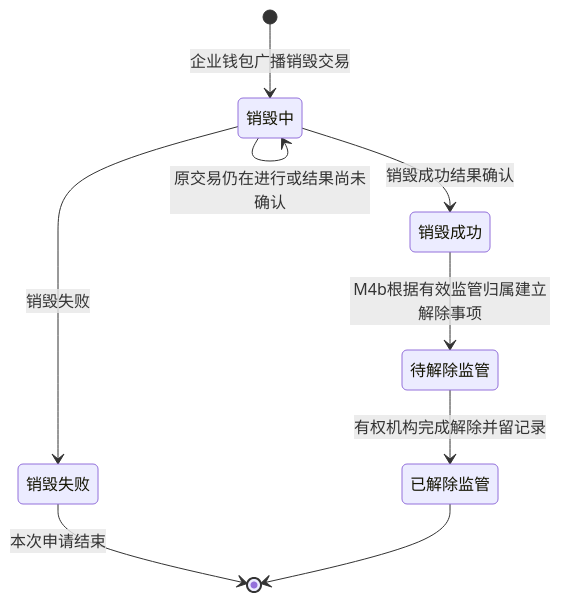
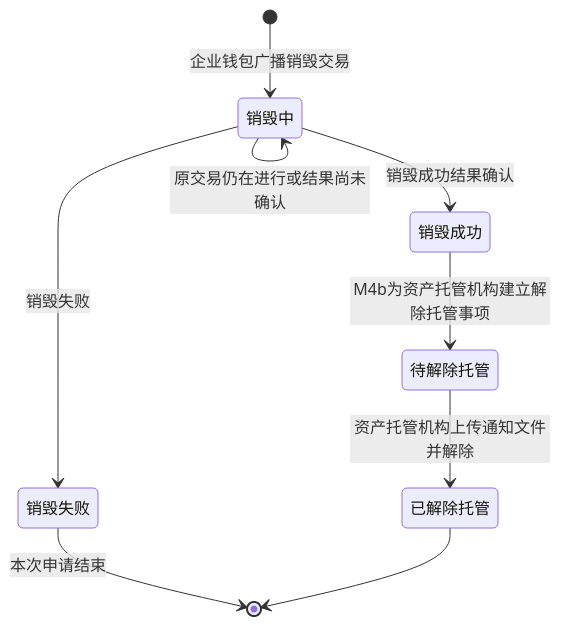
Before and after one commit to wxblockchain/Chain-Financing: the third of 4 diagrams in token-issuance-platform/PRD/面客端/M4a-我的代币与销毁申请/02-我的代币与销毁申请-流程图与状态机.md, drawn with Mermaid. The commit also changed other lines of this file and 10 other files, not shown here.

````diff
--- a/token-issuance-platform/PRD/面客端/M4a-我的代币与销毁申请/02-我的代币与销毁申请-流程图与状态机.md
+++ b/token-issuance-platform/PRD/面客端/M4a-我的代币与销毁申请/02-我的代币与销毁申请-流程图与状态机.md
@@ -75,16 +75,16 @@
 ```mermaid
 stateDiagram-v2
     state "销毁中" as Burning
     state "销毁失败" as Failed
     state "销毁成功" as Burned
-    state "待解除监管" as ReleasePending
-    state "已解除监管" as Released
+    state "待解除托管" as ReleasePending
+    state "已解除托管" as Released
     [*] --> Burning: 企业钱包广播销毁交易
     Burning --> Burning: 原交易仍在进行或结果尚未确认
     Burning --> Failed: 销毁失败
     Burning --> Burned: 销毁成功结果确认
-    Burned --> ReleasePending: M4b根据有效监管归属建立解除事项
-    ReleasePending --> Released: 有权机构完成解除并留记录
+    Burned --> ReleasePending: M4b为资产托管机构建立解除托管事项
+    ReleasePending --> Released: 资产托管机构上传通知文件并解除
     Failed --> [*]: 本次申请结束
     Released --> [*]
 ```
````
